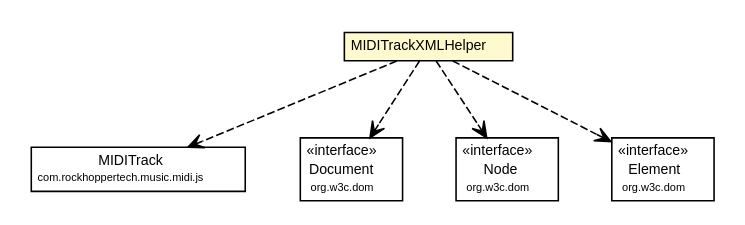
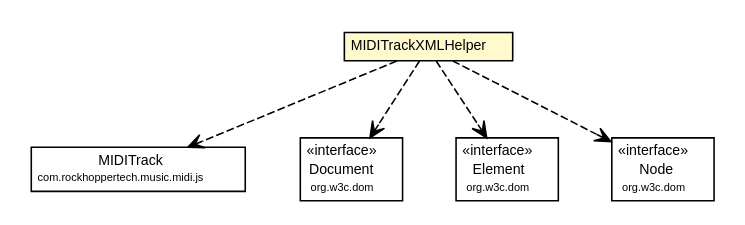
The diagram in apidocs/com/rockhoppertech/music/midi/js/xml/MIDITrackXMLHelper.dot (genedelisa/rockymusic), drawn with Graphviz before and after one commit. The commit also changed 1483 other files, not shown here.

```diff
--- a/apidocs/com/rockhoppertech/music/midi/js/xml/MIDITrackXMLHelper.dot
+++ b/apidocs/com/rockhoppertech/music/midi/js/xml/MIDITrackXMLHelper.dot
@@ -1,57 +1,57 @@
 #!/usr/local/bin/dot
 #
 # Class diagram 
 # Generated by UMLGraph version R5_6-24-gf6e263 (http://www.umlgraph.org/)
 #
 
 digraph G {
 	edge [fontname="Helvetica",fontsize=10,labelfontname="Helvetica",labelfontsize=10];
 	node [fontname="Helvetica",fontsize=10,shape=plaintext];
 	nodesep=0.25;
 	ranksep=0.5;
 	// com.rockhoppertech.music.midi.js.MIDITrack
 	c6968 [label=<<table title="com.rockhoppertech.music.midi.js.MIDITrack" border="0" cellborder="1" cellspacing="0" cellpadding="2" port="p" href="../MIDITrack.html">
 		<tr><td><table border="0" cellspacing="0" cellpadding="1">
 <tr><td align="center" balign="center"> MIDITrack </td></tr>
 <tr><td align="center" balign="center"><font point-size="7.0"> com.rockhoppertech.music.midi.js </font></td></tr>
 		</table></td></tr>
 		</table>>, URL="../MIDITrack.html", fontname="Helvetica", fontcolor="black", fontsize=9.0];
 	// com.rockhoppertech.music.midi.js.xml.MIDITrackXMLHelper
 	c6980 [label=<<table title="com.rockhoppertech.music.midi.js.xml.MIDITrackXMLHelper" border="0" cellborder="1" cellspacing="0" cellpadding="2" port="p" bgcolor="lemonChiffon" href="./MIDITrackXMLHelper.html">
 		<tr><td><table border="0" cellspacing="0" cellpadding="1">
 <tr><td align="center" balign="center"> MIDITrackXMLHelper </td></tr>
 		</table></td></tr>
 		</table>>, URL="./MIDITrackXMLHelper.html", fontname="Helvetica", fontcolor="black", fontsize=9.0];
 	// com.rockhoppertech.music.midi.js.xml.MIDITrackXMLHelper DEPEND org.w3c.dom.Document
 	c6980:p -> c7030:p [taillabel="", label="", headlabel="", fontname="Helvetica", fontcolor="black", fontsize=10.0, color="black", arrowhead=open, style=dashed];
 	// com.rockhoppertech.music.midi.js.xml.MIDITrackXMLHelper DEPEND com.rockhoppertech.music.midi.js.MIDITrack
 	c6980:p -> c6968:p [taillabel="", label="", headlabel="", fontname="Helvetica", fontcolor="black", fontsize=10.0, color="black", arrowhead=open, style=dashed];
+	// com.rockhoppertech.music.midi.js.xml.MIDITrackXMLHelper DEPEND org.w3c.dom.Element
+	c6980:p -> c7031:p [taillabel="", label="", headlabel="", fontname="Helvetica", fontcolor="black", fontsize=10.0, color="black", arrowhead=open, style=dashed];
 	// com.rockhoppertech.music.midi.js.xml.MIDITrackXMLHelper DEPEND org.w3c.dom.Node
-	c6980:p -> c7031:p [taillabel="", label="", headlabel="", fontname="Helvetica", fontcolor="black", fontsize=10.0, color="black", arrowhead=open, style=dashed];
-	// com.rockhoppertech.music.midi.js.xml.MIDITrackXMLHelper DEPEND org.w3c.dom.Element
 	c6980:p -> c7032:p [taillabel="", label="", headlabel="", fontname="Helvetica", fontcolor="black", fontsize=10.0, color="black", arrowhead=open, style=dashed];
 	// org.w3c.dom.Element
-	c7032 [label=<<table title="org.w3c.dom.Element" border="0" cellborder="1" cellspacing="0" cellpadding="2" port="p" href="http://docs.oracle.com/javase/7/docs/api/org/w3c/dom/Element.html">
+	c7031 [label=<<table title="org.w3c.dom.Element" border="0" cellborder="1" cellspacing="0" cellpadding="2" port="p" href="http://docs.oracle.com/javase/7/docs/api/org/w3c/dom/Element.html">
 		<tr><td><table border="0" cellspacing="0" cellpadding="1">
 <tr><td align="center" balign="center"> &#171;interface&#187; </td></tr>
 <tr><td align="center" balign="center"> Element </td></tr>
 <tr><td align="center" balign="center"><font point-size="7.0"> org.w3c.dom </font></td></tr>
 		</table></td></tr>
 		</table>>, URL="http://docs.oracle.com/javase/7/docs/api/org/w3c/dom/Element.html", fontname="Helvetica", fontcolor="black", fontsize=9.0];
 	// org.w3c.dom.Document
 	c7030 [label=<<table title="org.w3c.dom.Document" border="0" cellborder="1" cellspacing="0" cellpadding="2" port="p" href="http://docs.oracle.com/javase/7/docs/api/org/w3c/dom/Document.html">
 		<tr><td><table border="0" cellspacing="0" cellpadding="1">
 <tr><td align="center" balign="center"> &#171;interface&#187; </td></tr>
 <tr><td align="center" balign="center"> Document </td></tr>
 <tr><td align="center" balign="center"><font point-size="7.0"> org.w3c.dom </font></td></tr>
 		</table></td></tr>
 		</table>>, URL="http://docs.oracle.com/javase/7/docs/api/org/w3c/dom/Document.html", fontname="Helvetica", fontcolor="black", fontsize=9.0];
 	// org.w3c.dom.Node
-	c7031 [label=<<table title="org.w3c.dom.Node" border="0" cellborder="1" cellspacing="0" cellpadding="2" port="p" href="http://docs.oracle.com/javase/7/docs/api/org/w3c/dom/Node.html">
+	c7032 [label=<<table title="org.w3c.dom.Node" border="0" cellborder="1" cellspacing="0" cellpadding="2" port="p" href="http://docs.oracle.com/javase/7/docs/api/org/w3c/dom/Node.html">
 		<tr><td><table border="0" cellspacing="0" cellpadding="1">
 <tr><td align="center" balign="center"> &#171;interface&#187; </td></tr>
 <tr><td align="center" balign="center"> Node </td></tr>
 <tr><td align="center" balign="center"><font point-size="7.0"> org.w3c.dom </font></td></tr>
 		</table></td></tr>
 		</table>>, URL="http://docs.oracle.com/javase/7/docs/api/org/w3c/dom/Node.html", fontname="Helvetica", fontcolor="black", fontsize=9.0];
 }
```
